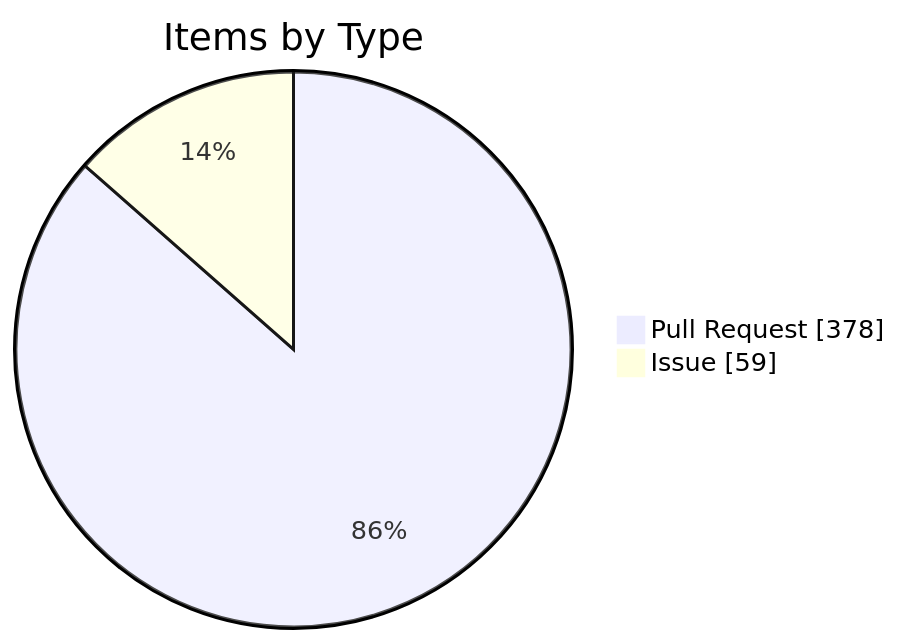
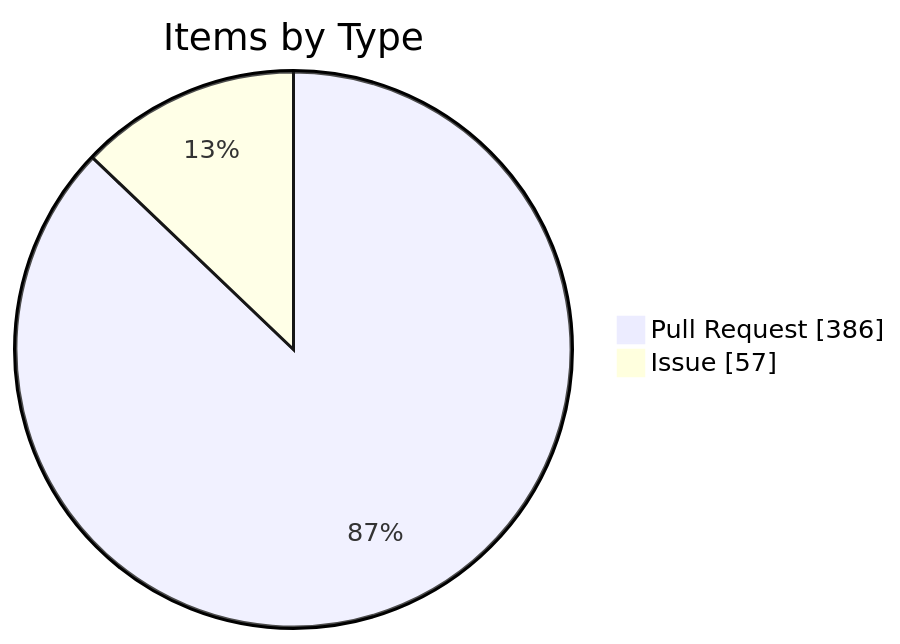
The fourth of 4 diagrams in apps/kbve/astro-kbve/src/content/docs/dashboard/kanban-data.mdx (KBVE/kbve), drawn with Mermaid before and after one commit. The commit also changed other lines of this file and 8 other files, not shown here.

````diff
--- a/apps/kbve/astro-kbve/src/content/docs/dashboard/kanban-data.mdx
+++ b/apps/kbve/astro-kbve/src/content/docs/dashboard/kanban-data.mdx
@@ -116,6 +116,6 @@
 ```mermaid
 pie showData
     title Items by Type
-    "Pull Request" : 378
-    "Issue" : 59
+    "Pull Request" : 386
+    "Issue" : 57
 ```
````
